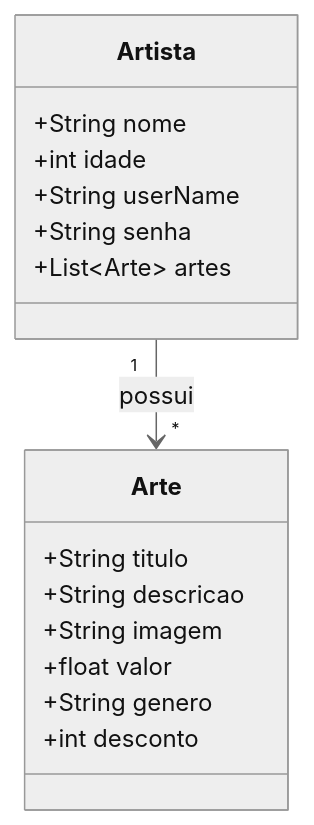
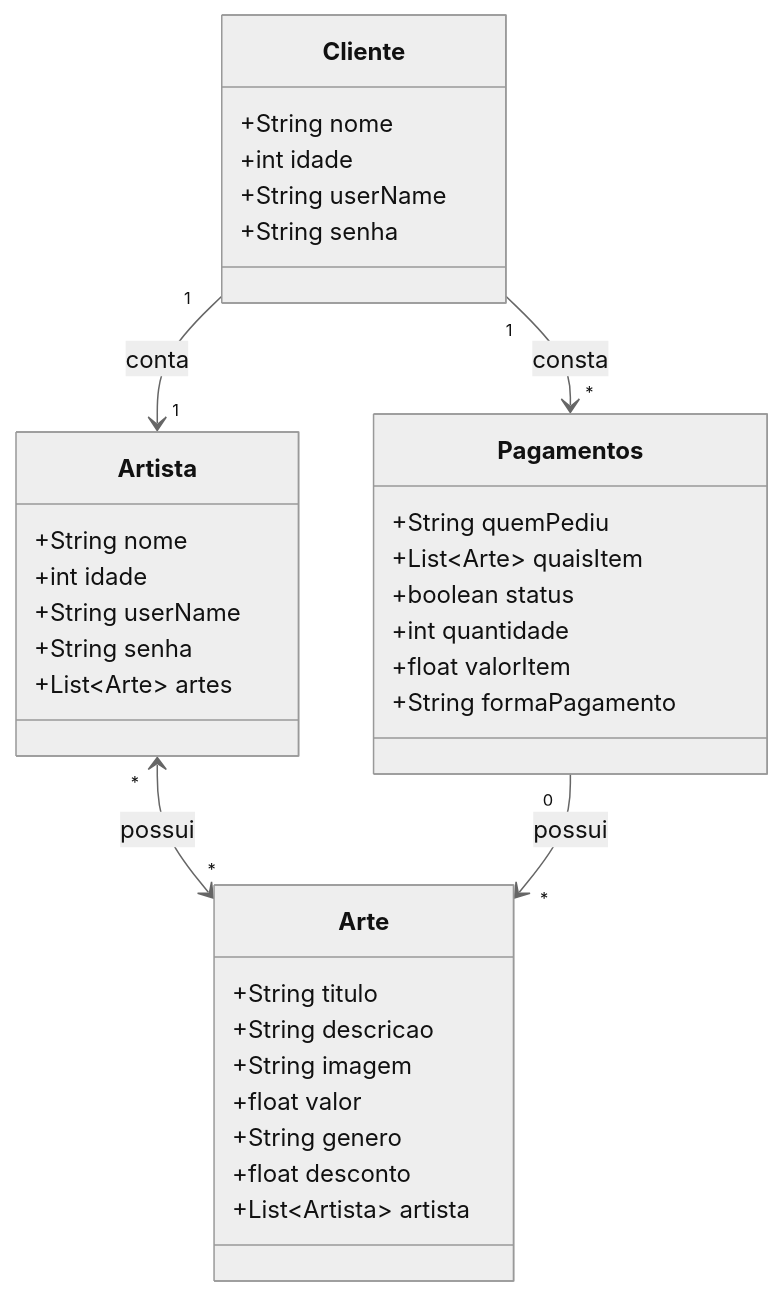
Before and after one commit to GigliarlyM/Traits-server: the diagram in README.md, drawn with Mermaid (neutral theme). The commit also changed 3 other files, not shown here.

````diff
--- a/README.md
+++ b/README.md
@@ -30,22 +31,37 @@
 ```mermaid
 classDiagram
-    class Artista {
-        +String nome
-        +int idade
-        +String userName
-        +String senha
-        +List~Arte~ artes
-    }
-    
-    class Arte {
-        +String titulo
-        +String descricao
-        +String imagem
-        +float valor
-        +String genero
-        +int desconto
-    }
-    
-    Artista "1" --> "*" Arte : possui
-
+    class Artista {
+        +String nome
+        +int idade
+        +String userName
+        +String senha
+        +List~Arte~ artes
+    }
+    class Arte {
+        +String titulo
+        +String descricao
+        +String imagem
+        +float valor
+        +String genero
+        +float desconto
+        +List~Artista~ artista
+    }
+    class Pagamentos {
+	    +String quemPediu
+	    +List~Arte~ quaisItem
+	    +boolean status
+	    +int quantidade
+	    +float valorItem
+	    +String formaPagamento
+    }
+    class Cliente {
+	    +String nome
+	    +int idade
+	    +String userName
+	    +String senha
+    }
+    Artista "*" <--> "*" Arte : possui
+    Cliente "1" --> "1" Artista : conta
+    Pagamentos "0" --> "*" Arte : possui
+    Cliente "1" --> "*" Pagamentos : consta
 ```
````
